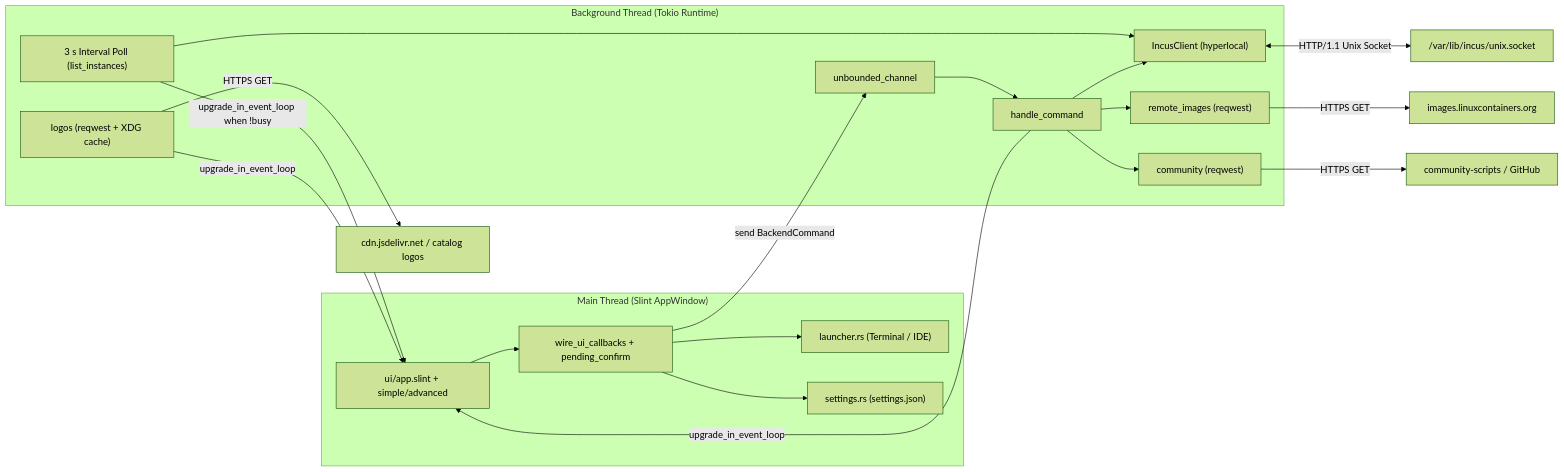
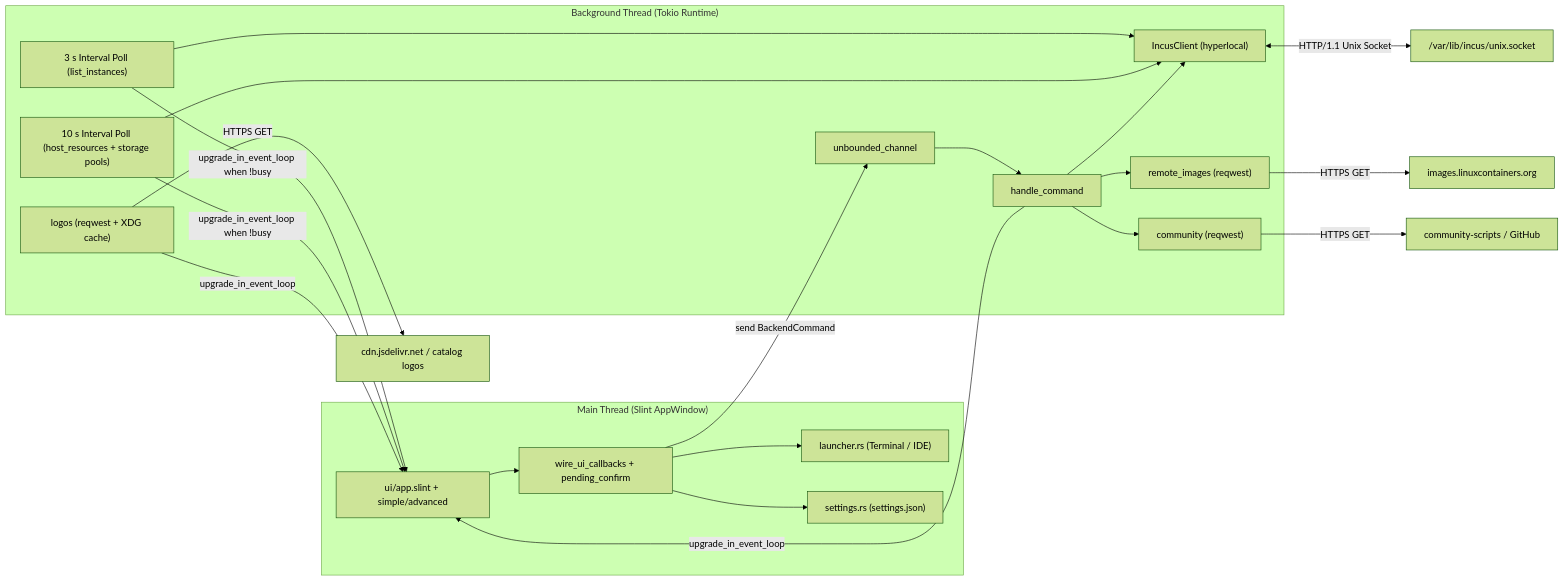
The diagram in docs/ARCHITECTURE.md (nandazahran/IncusCubby), drawn with Mermaid (forest theme) before and after one commit. The commit also changed other lines of this file and 12 other files, not shown here.

````diff
--- a/docs/ARCHITECTURE.md
+++ b/docs/ARCHITECTURE.md
@@ -31,36 +31,39 @@
 ```mermaid
 flowchart LR
   subgraph UI["Main Thread (Slint AppWindow)"]
     W["ui/app.slint + simple/advanced"]
     CB["wire_ui_callbacks + pending_confirm"]
     L["launcher.rs (Terminal / IDE)"]
     S["settings.rs (settings.json)"]
     W --> CB
     CB --> L
     CB --> S
   end
 
   subgraph Worker["Background Thread (Tokio Runtime)"]
     MPSC["unbounded_channel<BackendCommand>"]
     POLL["3 s Interval Poll (list_instances)"]
+    RPOLL["10 s Interval Poll (host_resources + storage pools)"]
     CMD["handle_command"]
     C["IncusClient (hyperlocal)"]
     RI["remote_images (reqwest)"]
     CS["community (reqwest)"]
     LG["logos (reqwest + XDG cache)"]
     MPSC --> CMD
     POLL --> C
+    RPOLL --> C
     CMD --> C
     CMD --> RI
     CMD --> CS
   end
 
   CB -->|send BackendCommand| MPSC
   CMD -->|upgrade_in_event_loop| W
   POLL -->|upgrade_in_event_loop when !busy| W
+  RPOLL -->|upgrade_in_event_loop when !busy| W
   LG -->|upgrade_in_event_loop| W
   C <-->|HTTP/1.1 Unix Socket| SOCK["/var/lib/incus/unix.socket"]
   RI -->|HTTPS GET| SS["images.linuxcontainers.org"]
   CS -->|HTTPS GET| GH["community-scripts / GitHub"]
   LG -->|HTTPS GET| CDN["cdn.jsdelivr.net / catalog logos"]
 ```
````
